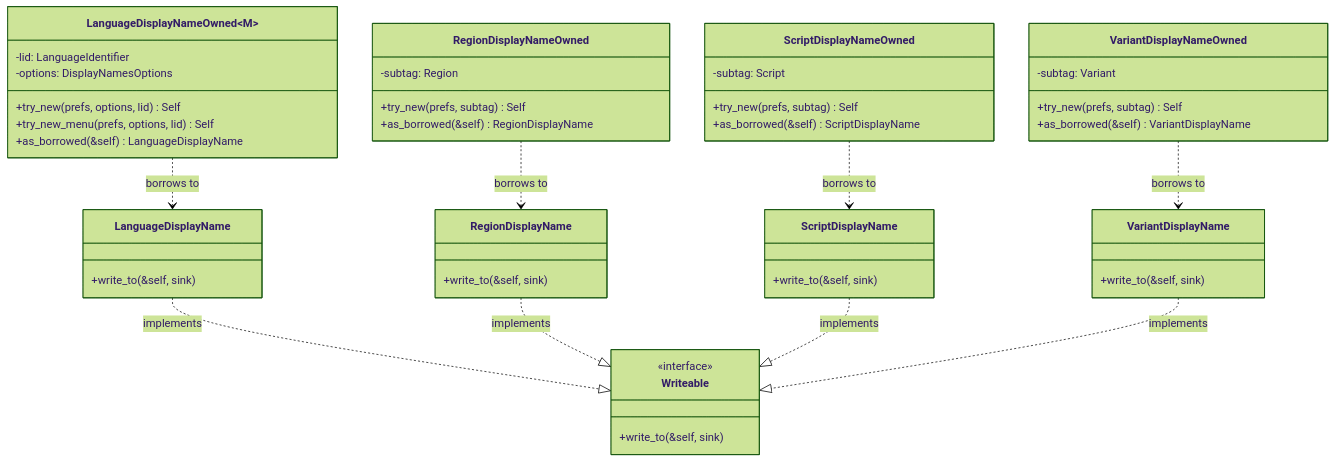
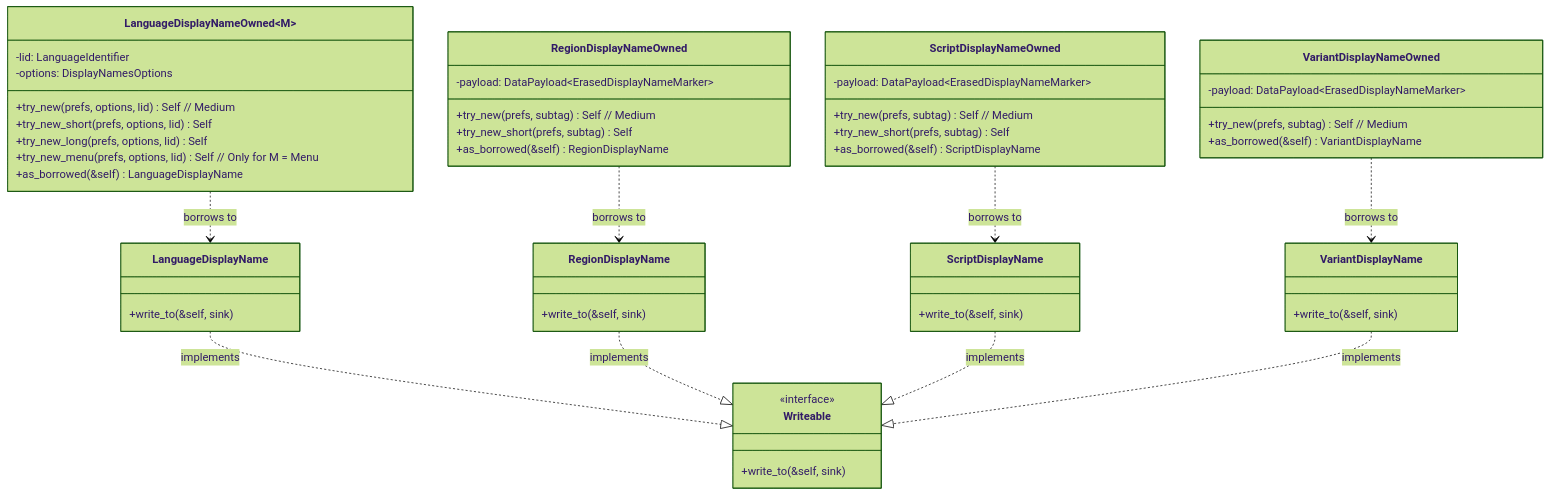
Before and after one commit to unicode-org/icu4x: the diagram in components/experimental/src/displaynames/single/README.md, drawn with Mermaid (forest theme). The commit also changed other lines of this file, not shown here.

First line of the commit message:
docs: Refine display names widths and constructors

````diff
--- a/components/experimental/src/displaynames/single/README.md
+++ b/components/experimental/src/displaynames/single/README.md
@@ -13,53 +13,57 @@
 ```mermaid
 classDiagram
     class Writeable {
         <<interface>>
         +write_to(&self, sink)
     }
 
     class LanguageDisplayNameOwned~M~ {
         -lid: LanguageIdentifier
         -options: DisplayNamesOptions
-        +try_new(prefs, options, lid) Self
-        +try_new_menu(prefs, options, lid) Self
+        +try_new(prefs, options, lid) Self  // Medium
+        +try_new_short(prefs, options, lid) Self
+        +try_new_long(prefs, options, lid) Self
+        +try_new_menu(prefs, options, lid) Self // Only for M = Menu
         +as_borrowed(&self) LanguageDisplayName
     }
     class LanguageDisplayName {
         +write_to(&self, sink)
     }
     LanguageDisplayNameOwned ..> LanguageDisplayName : borrows to
     LanguageDisplayName ..|> Writeable : implements
 
     class RegionDisplayNameOwned {
-        -subtag: Region
-        +try_new(prefs, subtag) Self
+        -payload: DataPayload~ErasedDisplayNameMarker~
+        +try_new(prefs, subtag) Self // Medium
+        +try_new_short(prefs, subtag) Self
         +as_borrowed(&self) RegionDisplayName
     }
     class RegionDisplayName {
         +write_to(&self, sink)
     }
     RegionDisplayNameOwned ..> RegionDisplayName : borrows to
     RegionDisplayName ..|> Writeable : implements
 
     class ScriptDisplayNameOwned {
-        -subtag: Script
-        +try_new(prefs, subtag) Self
+        -payload: DataPayload~ErasedDisplayNameMarker~
+        +try_new(prefs, subtag) Self // Medium
+        +try_new_short(prefs, subtag) Self
         +as_borrowed(&self) ScriptDisplayName
     }
     class ScriptDisplayName {
         +write_to(&self, sink)
     }
     ScriptDisplayNameOwned ..> ScriptDisplayName : borrows to
     ScriptDisplayName ..|> Writeable : implements
 
     class VariantDisplayNameOwned {
-        -subtag: Variant
-        +try_new(prefs, subtag) Self
+        -payload: DataPayload~ErasedDisplayNameMarker~
+        +try_new(prefs, subtag) Self // Medium
         +as_borrowed(&self) VariantDisplayName
     }
     class VariantDisplayName {
         +write_to(&self, sink)
     }
     VariantDisplayNameOwned ..> VariantDisplayName : borrows to
     VariantDisplayName ..|> Writeable : implements
 ```
````
